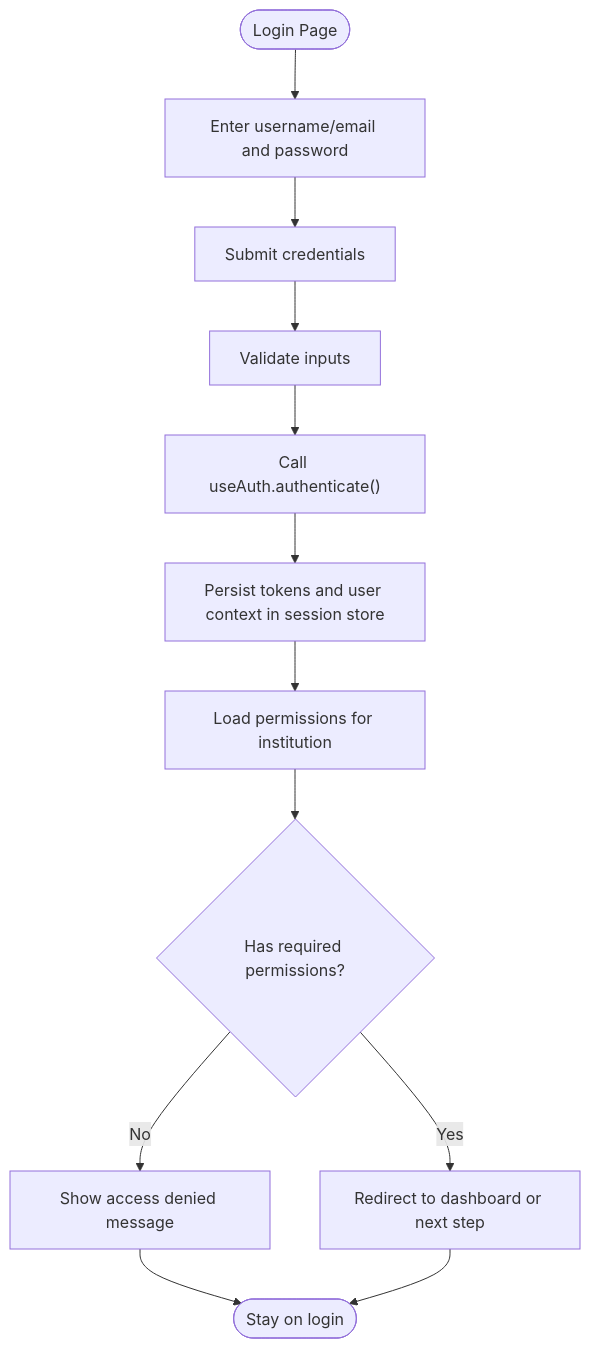
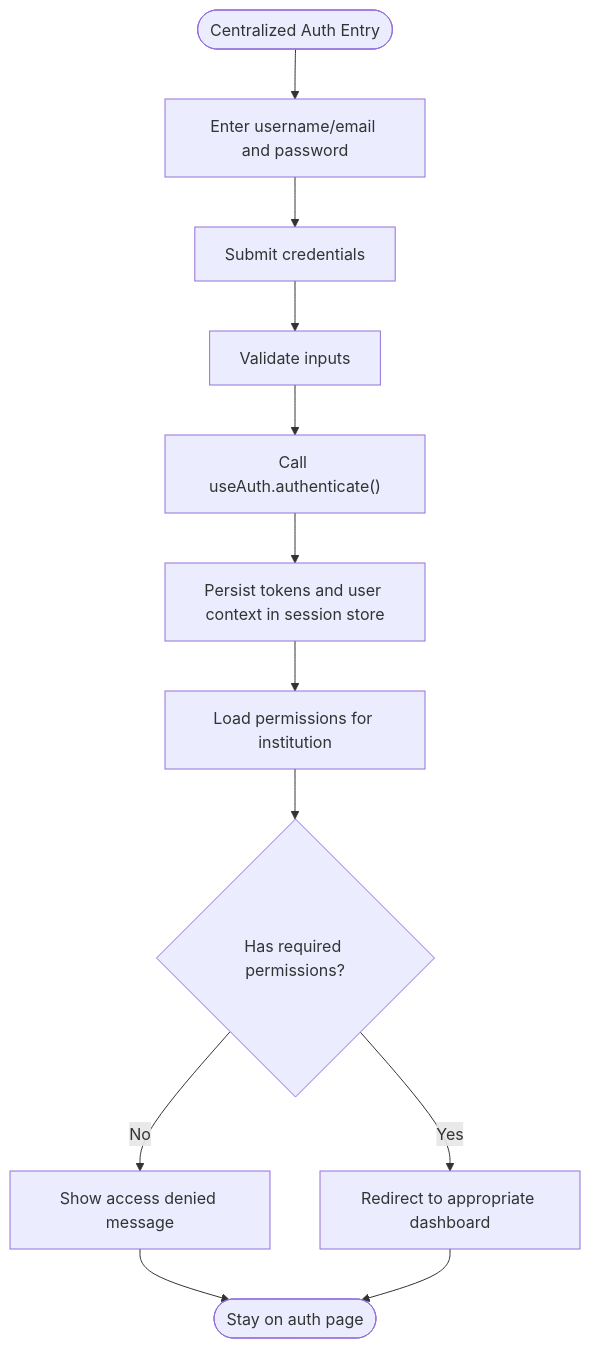
The third of 10 diagrams in .qoder/repowiki/en/content/System Architecture/Frontend Architecture/Authentication & Authorization UI/Authentication & Authorization UI.md (franckylab/eLISAschool), drawn with Mermaid before and after one commit. The commit also changed other lines of this file and 97 other files, not shown here.

````diff
--- a/.qoder/repowiki/en/content/System Architecture/Frontend Architecture/Authentication & Authorization UI/Authentication & Authorization UI.md
+++ b/.qoder/repowiki/en/content/System Architecture/Frontend Architecture/Authentication & Authorization UI/Authentication & Authorization UI.md
@@ -148,14 +159,14 @@
 ```mermaid
 flowchart TD
-Start(["Login Page"]) --> Input["Enter username/email and password"]
+Start(["Centralized Auth Entry"]) --> Input["Enter username/email and password"]
 Input --> Submit["Submit credentials"]
 Submit --> Validate["Validate inputs"]
 Validate --> CallAuth["Call useAuth.authenticate()"]
 CallAuth --> Persist["Persist tokens and user context in session store"]
 Persist --> LoadPerms["Load permissions for institution"]
 LoadPerms --> Decision{"Has required permissions?"}
-Decision --> |Yes| Redirect["Redirect to dashboard or next step"]
+Decision --> |Yes| Redirect["Redirect to appropriate dashboard"]
 Decision --> |No| ShowError["Show access denied message"]
-ShowError --> End(["Stay on login"])
+ShowError --> End(["Stay on auth page"])
 Redirect --> End
 ```
````
